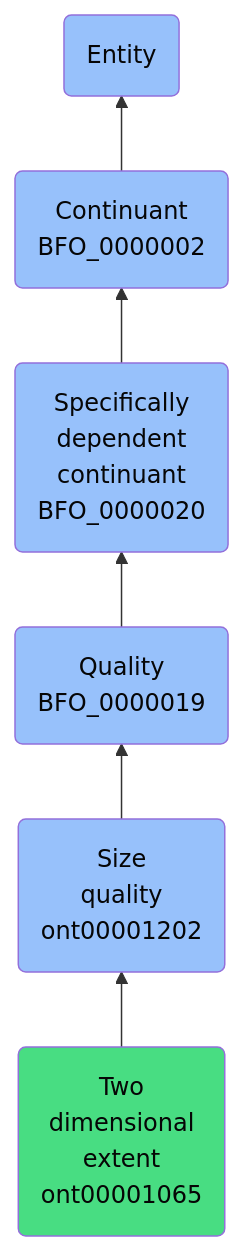
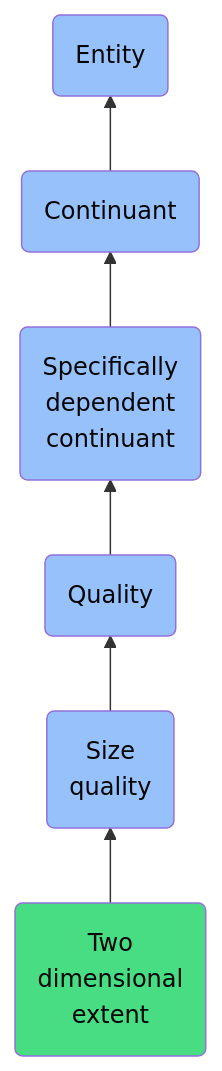
Before and after one commit to jupyter-naas/abi: the diagram in docs/ontology/reference/model/Entity/Continuant/Specifically dependent continuant/Quality/Size quality/Two dimensional extent/Two dimensional extent.md, drawn with Mermaid. The commit also changed other lines of this file and 1430 other files, not shown here.

````diff
--- a/docs/ontology/reference/model/Entity/Continuant/Specifically dependent continuant/Quality/Size quality/Two dimensional extent/Two dimensional extent.md
+++ b/docs/ontology/reference/model/Entity/Continuant/Specifically dependent continuant/Quality/Size quality/Two dimensional extent/Two dimensional extent.md
@@ -24,13 +24,13 @@
 ```mermaid
 graph BT
-    ont00001065(Two<br>dimensional<br>extent<br>ont00001065):::ABI-->ont00001202
-    ont00001202(Size<br>quality<br>ont00001202):::BFO-->BFO_0000019
-    BFO_0000019(Quality<br>BFO_0000019):::BFO-->BFO_0000020
-    BFO_0000020(Specifically<br>dependent<br>continuant<br>BFO_0000020):::BFO-->BFO_0000002
-    BFO_0000002(Continuant<br>BFO_0000002):::BFO-->BFO_0000001
+    ont00001065(Two<br>dimensional<br>extent):::ABI-->ont00001202
+    ont00001202(Size<br>quality):::BFO-->BFO_0000019
+    BFO_0000019(Quality):::BFO-->BFO_0000020
+    BFO_0000020(Specifically<br>dependent<br>continuant):::BFO-->BFO_0000002
+    BFO_0000002(Continuant):::BFO-->BFO_0000001
     BFO_0000001(Entity):::BFO
     
     classDef BFO fill:#97c1fb,color:#060606
     classDef CCO fill:#e4c51e,color:#060606
     classDef ABI fill:#48DD82,color:#060606
 ```
````
